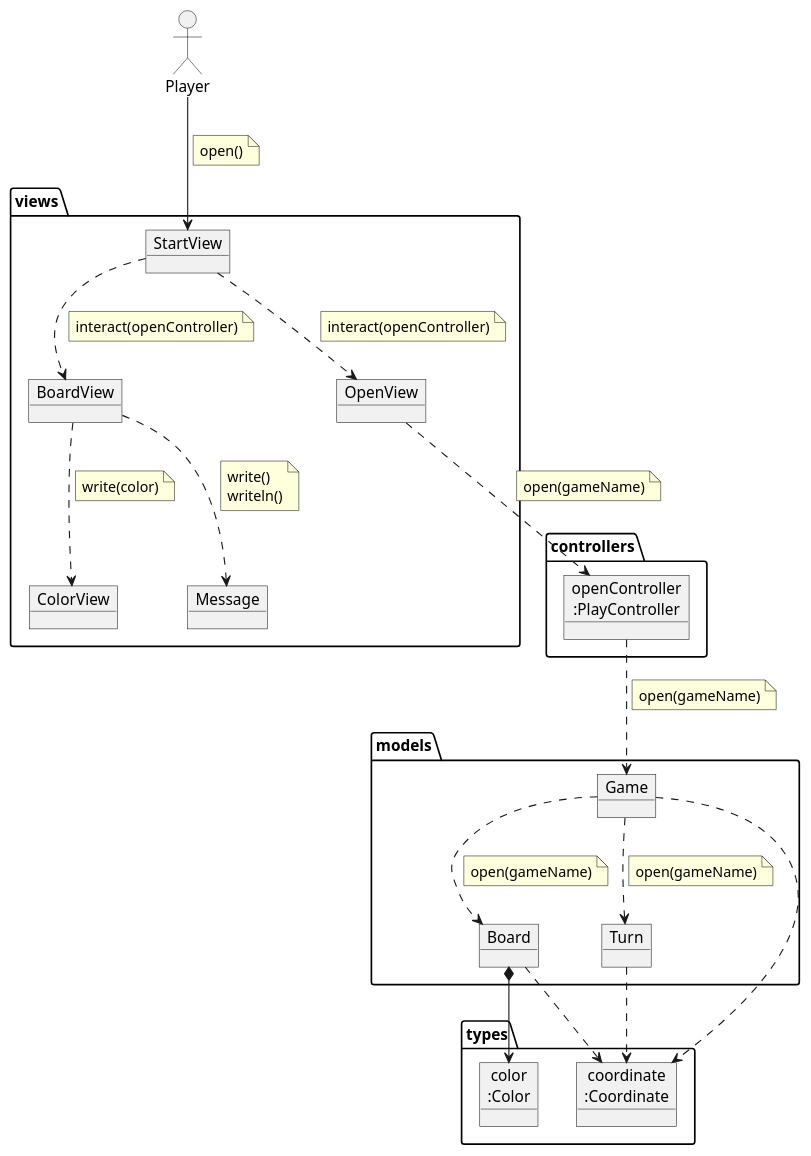
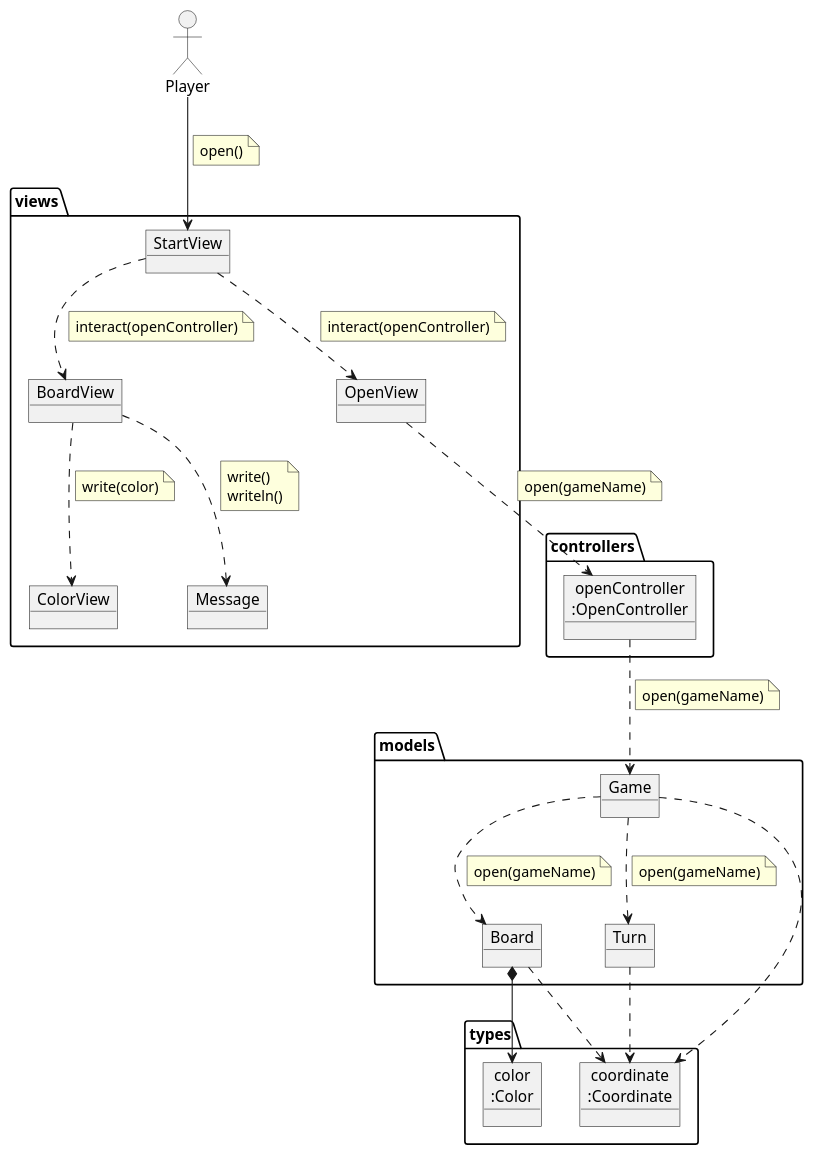
The diagram in 7.BaseDatos/docs/diagrams/src/Analisis/analisisOpen.plantuml (EscuelaIt/tictactoe-master-desarrollo-requirements), drawn with PlantUML before and after one commit. The commit also changed 7 other files, not shown here.

```diff
--- a/7.BaseDatos/docs/diagrams/src/Analisis/analisisOpen.plantuml
+++ b/7.BaseDatos/docs/diagrams/src/Analisis/analisisOpen.plantuml
@@ -1,102 +1,102 @@
 @startuml analisisOpen
 allow_mixing
 
 actor :Player: as Playerr
 
 package controllers  {
-    object "openController\n:PlayController" as OpenController{
+    object "openController\n:OpenController" as OpenController{
 
     }
  }
 
 
 package models  {
     object Board{
 
     }
 
     object Game{
 
     }
 
     object Turn{
 
     }
  }
 
 package types  { 
     object "coordinate\n:Coordinate" as  Coordinate{
 
     }
 
     object "color\n:Color" as Color{
 
     }
 }
 
 
 package views {
 
     object BoardView{
 
     }
 
     object StartView{
 
     }
 
     object ColorView{
 
     }
 
     object Message{
 
     }
 
     object OpenView {
 
     }
  }
 
 Playerr --> StartView
 note on link
     open()
 end note
 StartView ..> OpenView
 note on link
     interact(openController)
 end note
 StartView ..> BoardView
 note on link
     interact(openController)
 end note
 BoardView ..> ColorView
 note on link
     write(color)
 end note
 BoardView ..> Message
 note on link
     write()
     writeln()
 end note
 OpenView ..> OpenController
 note on link
     open(gameName)
 end note
 OpenController ..> Game
 note on link
     open(gameName)
 end note
 Game ..> Board
 note on link
     open(gameName)
 end note
 Game ..> Turn
 note on link
     open(gameName)
 end note
 Game ..> Coordinate
 Board ..> Coordinate
 Board *-down-> Color
 Turn ..> Coordinate
 @enduml
```
